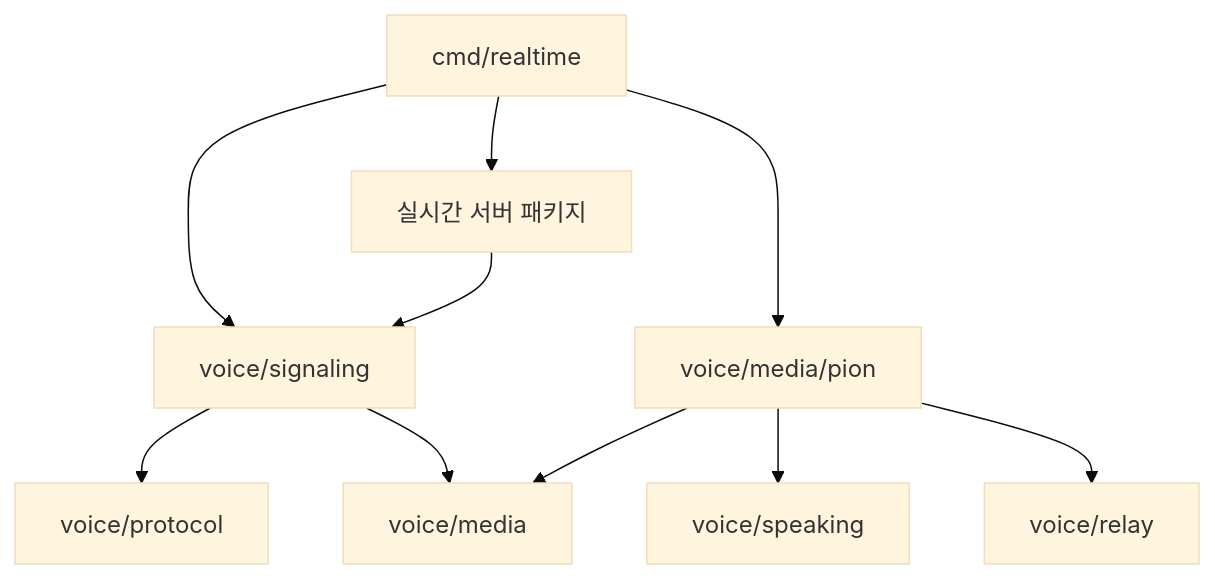
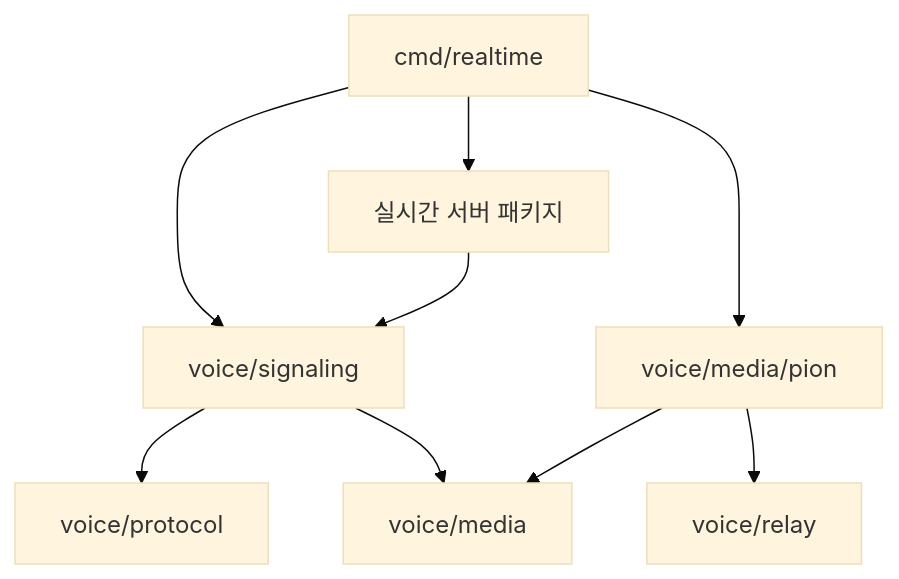
One commit to depromeet/19th-team5-server changed the diagram in services/realtime/README.md. Above: the diagram before and after it, drawn with Mermaid (base theme). The commit also changed other lines of this file and 5 other files, not shown here.

````diff
--- a/services/realtime/README.md
+++ b/services/realtime/README.md
@@ -27,21 +26,19 @@
 ```mermaid
 flowchart TD
     main["cmd/realtime"]
     rt["실시간 서버 패키지"]
     sig["voice/signaling"]
     pion["voice/media/pion"]
     media["voice/media"]
     proto["voice/protocol"]
-    speaking["voice/speaking"]
     relay["voice/relay"]
 
     main --> rt
     main --> sig
     main --> pion
     rt --> sig
     sig --> proto
     sig --> media
     pion --> media
-    pion --> speaking
     pion --> relay
 ```
````
